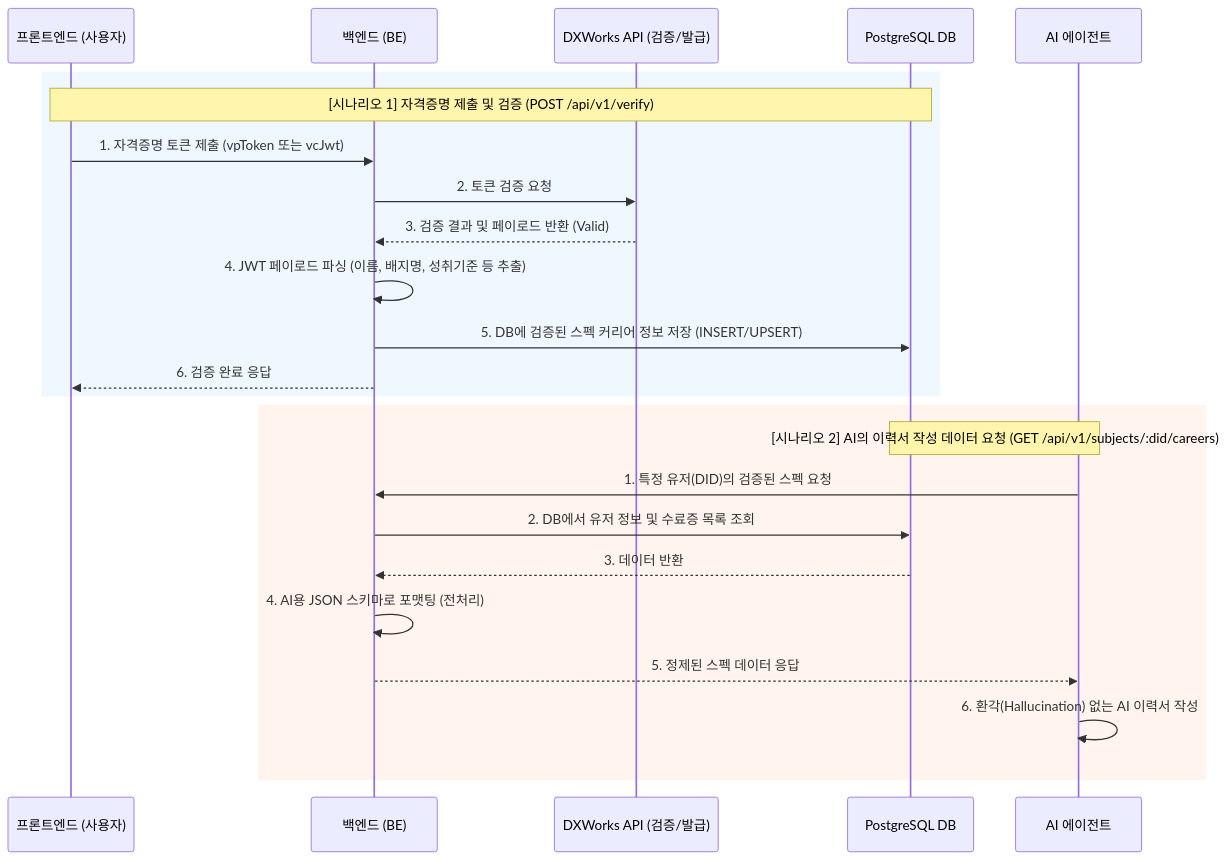
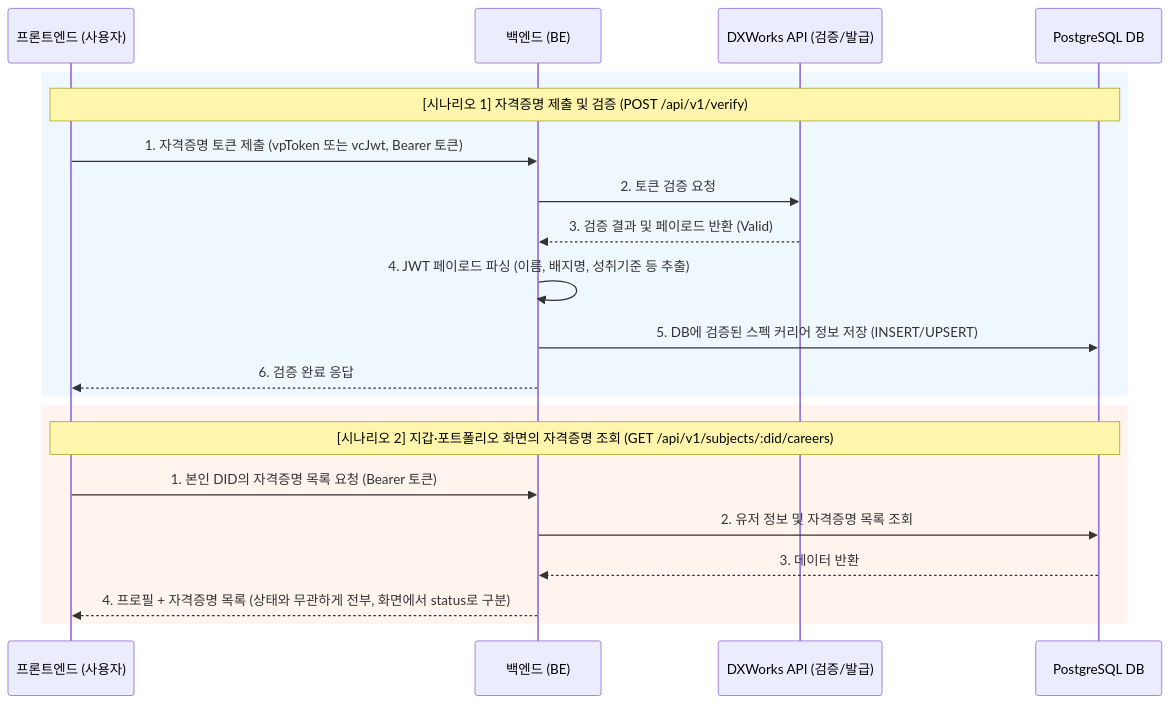
Before and after one commit to HYUJIM/VC_AI_Career_agent: the first of 2 diagrams in BE/README.md, drawn with Mermaid. The commit also changed other lines of this file and 109 other files, not shown here.

````diff
--- a/BE/README.md
+++ b/BE/README.md
@@ -7,30 +7,27 @@
 ```mermaid
 sequenceDiagram
     participant FE as 프론트엔드 (사용자)
     participant BE as 백엔드 (BE)
     participant DX as DXWorks API (검증/발급)
     participant DB as PostgreSQL DB
-    participant AI as AI 에이전트
 
     %% 자격증명 검증 시나리오
     rect rgb(240, 248, 255)
     Note over FE, DB: [시나리오 1] 자격증명 제출 및 검증 (POST /api/v1/verify)
-    FE->>BE: 1. 자격증명 토큰 제출 (vpToken 또는 vcJwt)
+    FE->>BE: 1. 자격증명 토큰 제출 (vpToken 또는 vcJwt, Bearer 토큰)
     BE->>DX: 2. 토큰 검증 요청
     DX-->>BE: 3. 검증 결과 및 페이로드 반환 (Valid)
     BE->>BE: 4. JWT 페이로드 파싱 (이름, 배지명, 성취기준 등 추출)
     BE->>DB: 5. DB에 검증된 스펙 커리어 정보 저장 (INSERT/UPSERT)
     BE-->>FE: 6. 검증 완료 응답
     end
 
-    %% AI 전처리 데이터 요청 시나리오
+    %% 지갑 조회 시나리오
     rect rgb(255, 245, 238)
-    Note over AI, DB: [시나리오 2] AI의 이력서 작성 데이터 요청 (GET /api/v1/subjects/:did/careers)
-    AI->>BE: 1. 특정 유저(DID)의 검증된 스펙 요청
-    BE->>DB: 2. DB에서 유저 정보 및 수료증 목록 조회
+    Note over FE, DB: [시나리오 2] 지갑·포트폴리오 화면의 자격증명 조회 (GET /api/v1/subjects/:did/careers)
+    FE->>BE: 1. 본인 DID의 자격증명 목록 요청 (Bearer 토큰)
+    BE->>DB: 2. 유저 정보 및 자격증명 목록 조회
     DB-->>BE: 3. 데이터 반환
-    BE->>BE: 4. AI용 JSON 스키마로 포맷팅 (전처리)
-    BE-->>AI: 5. 정제된 스펙 데이터 응답
-    AI->>AI: 6. 환각(Hallucination) 없는 AI 이력서 작성
+    BE-->>FE: 4. 프로필 + 자격증명 목록 (상태와 무관하게 전부, 화면에서 status로 구분)
     end
 ```
````
